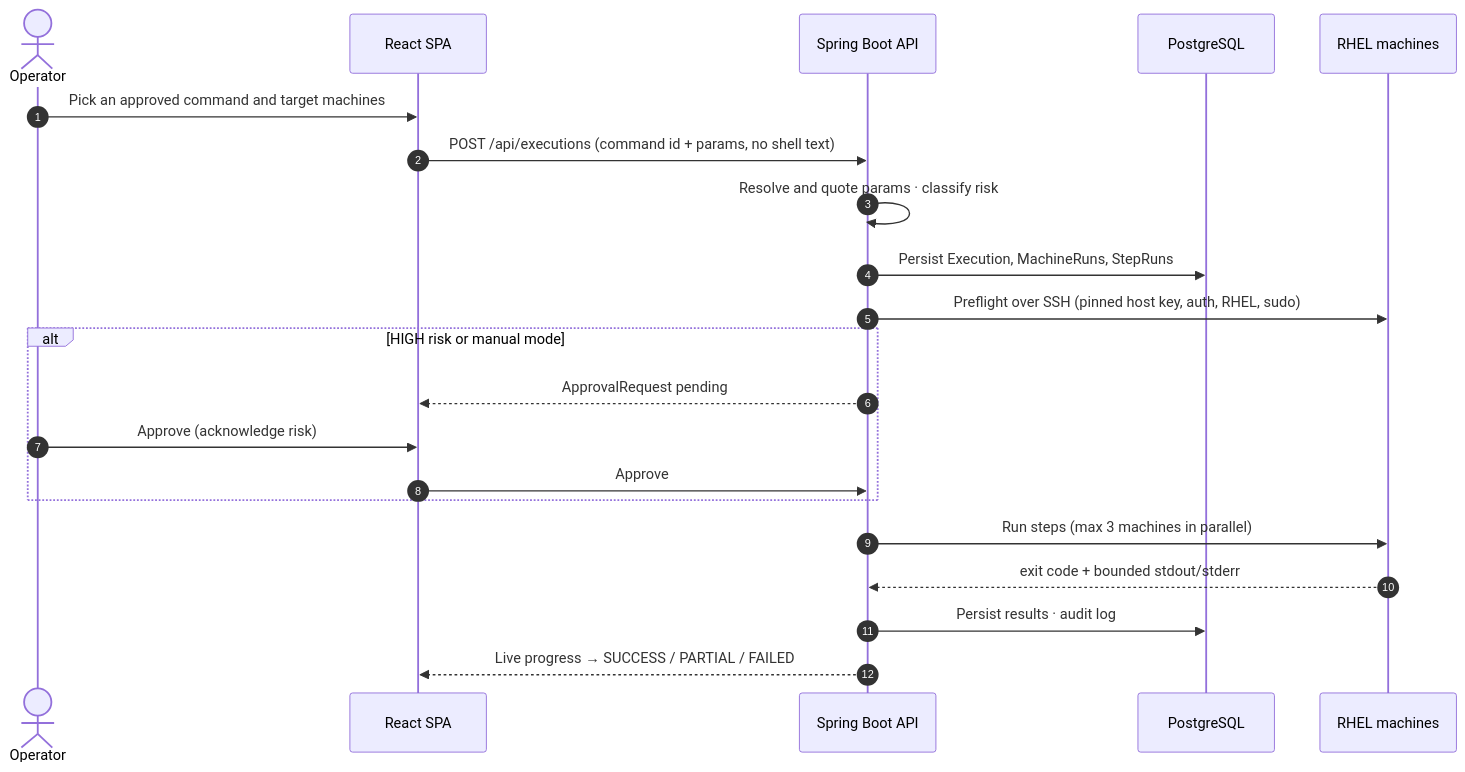
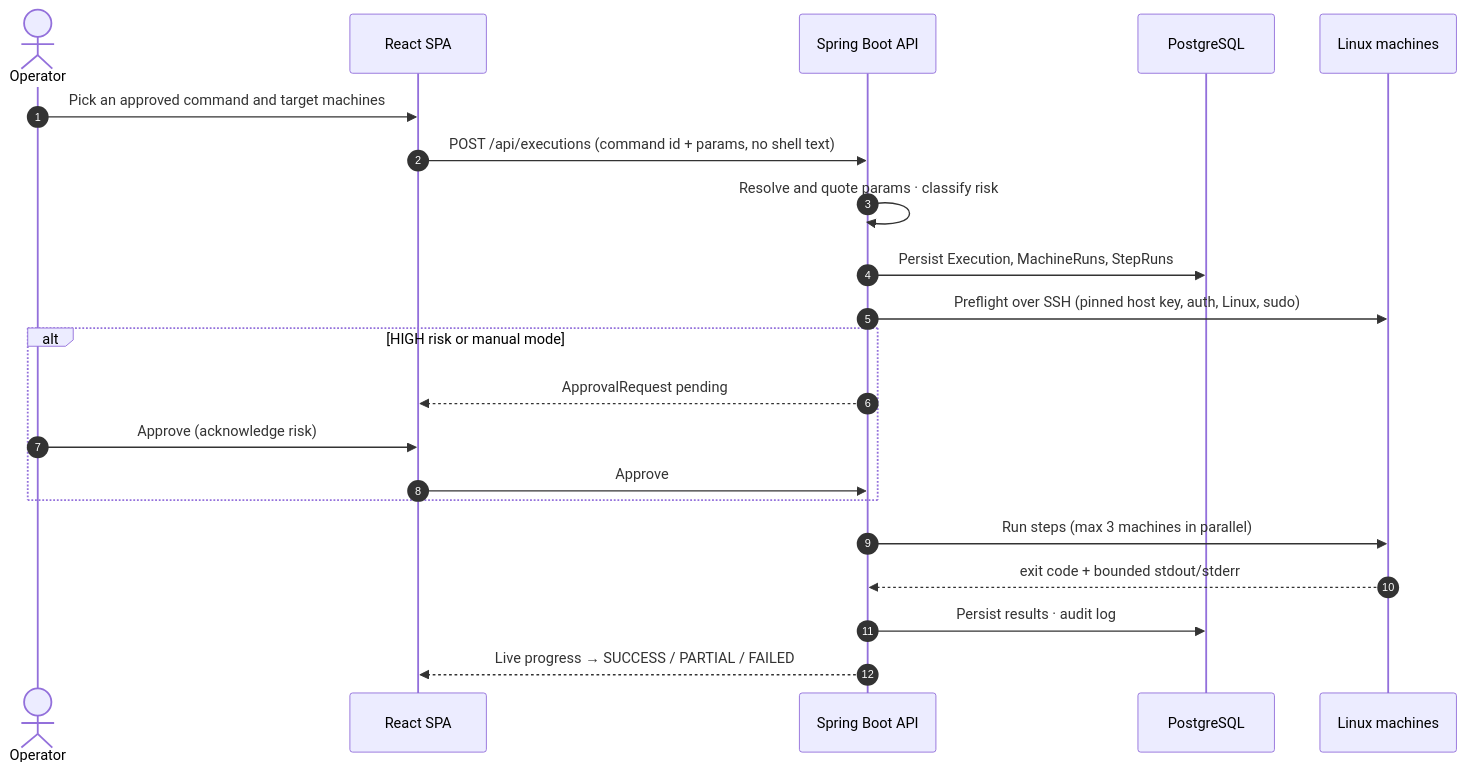
Before and after one commit to ilayadmoni/AutoOps: the first of 2 diagrams in README.md, drawn with Mermaid. The commit also changed other lines of this file and 3 other files, not shown here.

````diff
--- a/README.md
+++ b/README.md
@@ -94,24 +94,24 @@
 ```mermaid
 sequenceDiagram
     autonumber
     actor Op as Operator
     participant UI as React SPA
     participant API as Spring Boot API
     participant DB as PostgreSQL
-    participant Host as RHEL machines
+    participant Host as Linux machines
 
     Op->>UI: Pick an approved command and target machines
     UI->>API: POST /api/executions (command id + params, no shell text)
     API->>API: Resolve and quote params · classify risk
     API->>DB: Persist Execution, MachineRuns, StepRuns
-    API->>Host: Preflight over SSH (pinned host key, auth, RHEL, sudo)
+    API->>Host: Preflight over SSH (pinned host key, auth, Linux, sudo)
     alt HIGH risk or manual mode
         API-->>UI: ApprovalRequest pending
         Op->>UI: Approve (acknowledge risk)
         UI->>API: Approve
     end
     API->>Host: Run steps (max 3 machines in parallel)
     Host-->>API: exit code + bounded stdout/stderr
     API->>DB: Persist results · audit log
     API-->>UI: Live progress → SUCCESS / PARTIAL / FAILED
 ```
````
